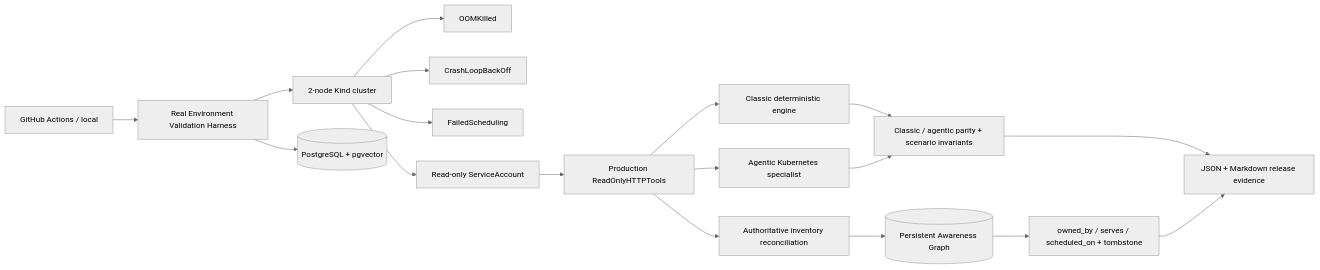
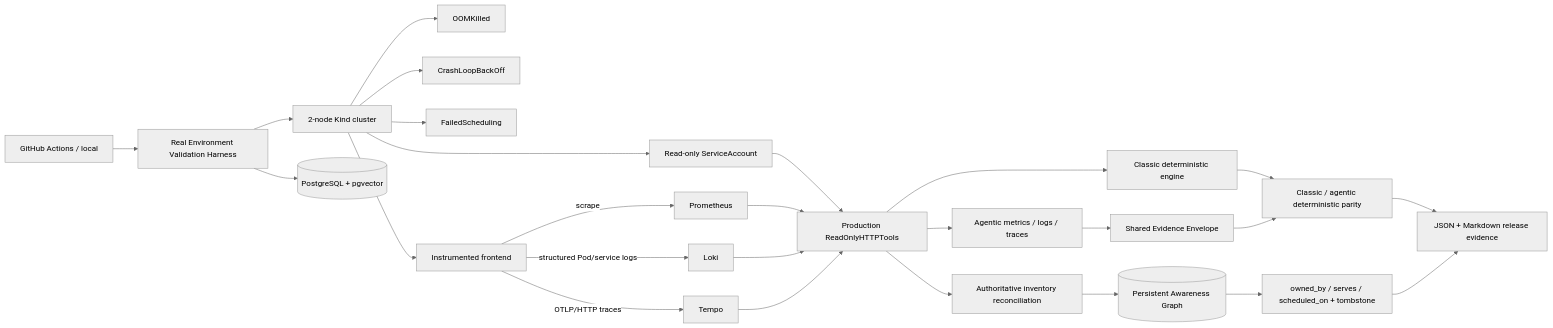
Before and after one commit to marcocristofolini/ai-sre-rca: diagram 28 of 28 in docs/architecture.md, drawn with Mermaid (neutral theme). The commit also changed other lines of this file and 31 other files, not shown here.

````diff
--- a/docs/architecture.md
+++ b/docs/architecture.md
@@ -750,20 +750,34 @@
 ```mermaid
 flowchart LR
     GA[GitHub Actions / local] --> VH[Real Environment Validation Harness]
     VH --> KIND[2-node Kind cluster]
     VH --> PG[(PostgreSQL + pgvector)]
+
     KIND --> OOM[OOMKilled]
     KIND --> CRASH[CrashLoopBackOff]
     KIND --> SCHED[FailedScheduling]
+
+    KIND --> APP[Instrumented frontend]
+    APP -->|scrape| PROM[Prometheus]
+    APP -->|structured Pod/service logs| LOKI[Loki]
+    APP -->|OTLP/HTTP traces| TEMPO[Tempo]
+
     KIND --> RBAC[Read-only ServiceAccount]
     RBAC --> HTTP[Production ReadOnlyHTTPTools]
+    PROM --> HTTP
+    LOKI --> HTTP
+    TEMPO --> HTTP
+
     HTTP --> CORE[Classic deterministic engine]
-    HTTP --> AG[Agentic Kubernetes specialist]
+    HTTP --> SPEC[Agentic metrics / logs / traces]
     HTTP --> INV[Authoritative inventory reconciliation]
+
     INV --> PAG[(Persistent Awareness Graph)]
-    CORE --> PARITY[Classic / agentic parity + scenario invariants]
-    AG --> PARITY
+    CORE --> PARITY[Classic / agentic deterministic parity]
+    SPEC --> ENV[Shared Evidence Envelope]
+    ENV --> PARITY
+
     PAG --> GRAPH[owned_by / serves / scheduled_on + tombstone]
     PARITY --> REPORT[JSON + Markdown release evidence]
     GRAPH --> REPORT
 ```
````
